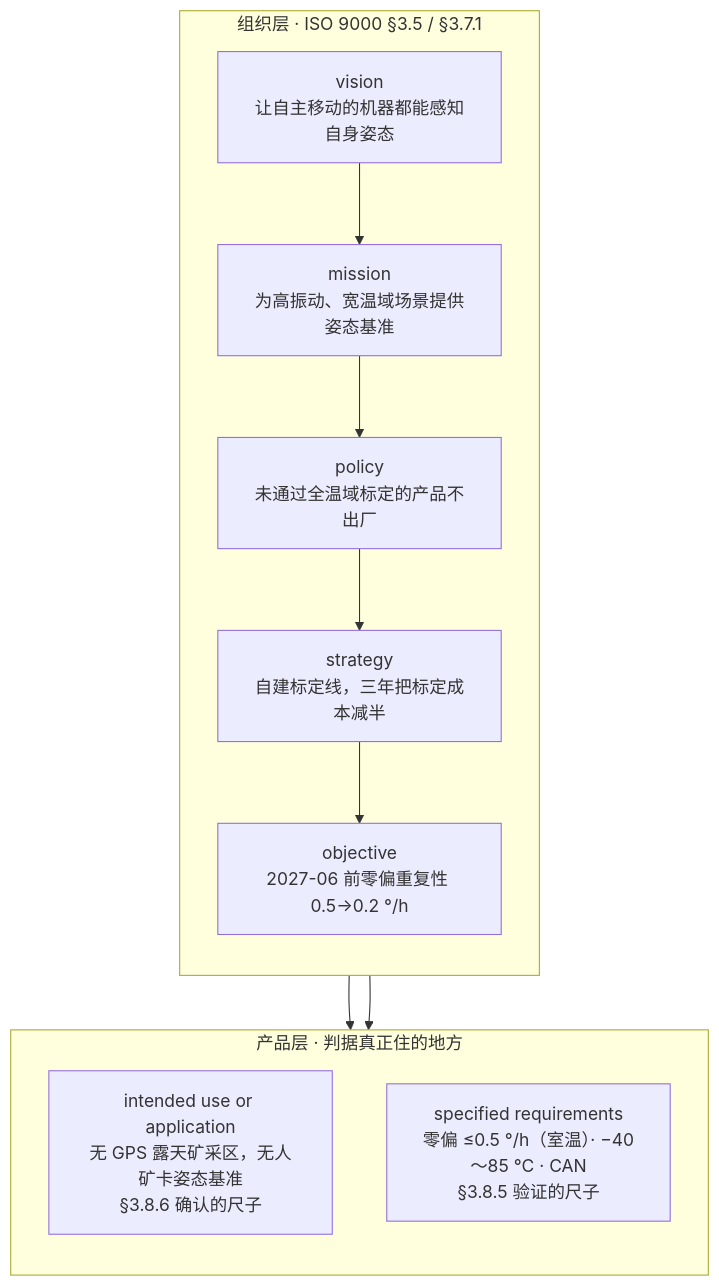
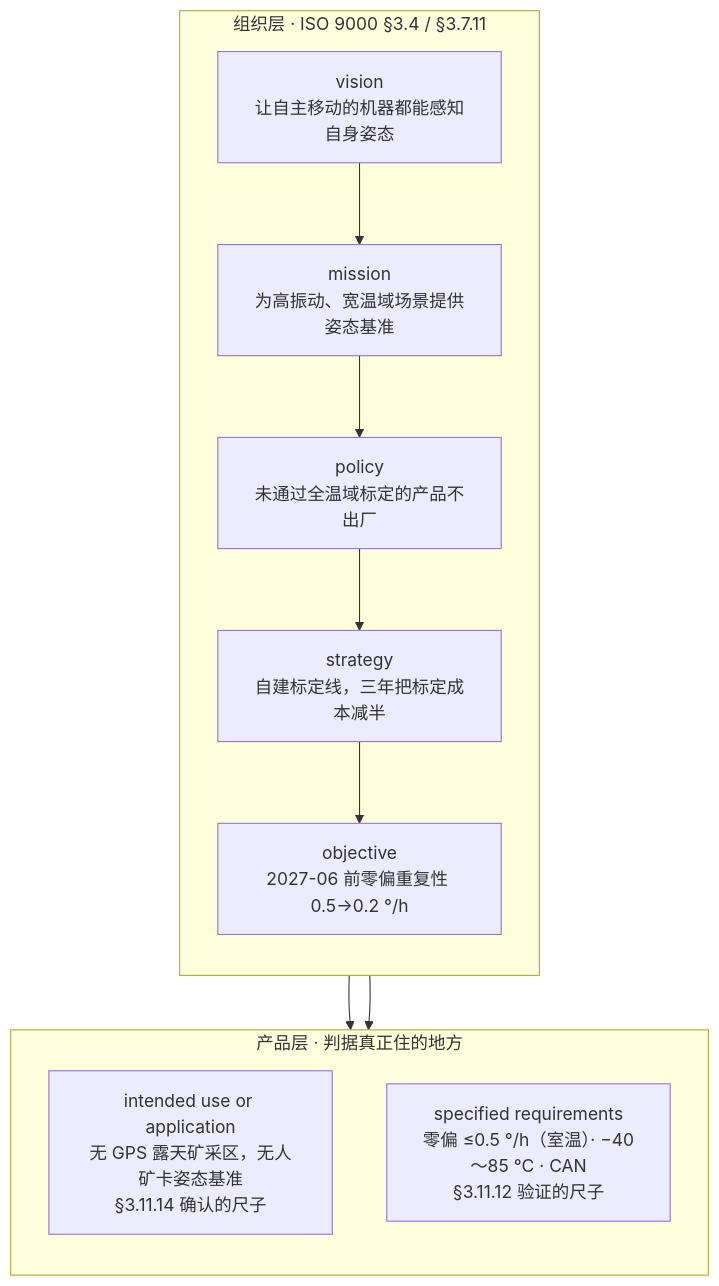
One commit to Yongjunzhou/AOS-system-design changed diagram 11 of 14 in 100-subprojects/01-系统工程研究/00-系统工程相关研究报告/23-判据体系研究报告-从验证确认到治理的判据阶梯.md. Above: the diagram before and after it, drawn with Mermaid. The commit also changed other lines of this file and 38 other files, not shown here.

````diff
--- a/100-subprojects/01-系统工程研究/00-系统工程相关研究报告/23-判据体系研究报告-从验证确认到治理的判据阶梯.md
+++ b/100-subprojects/01-系统工程研究/00-系统工程相关研究报告/23-判据体系研究报告-从验证确认到治理的判据阶梯.md
@@ -746,19 +792,19 @@
 ```mermaid
 flowchart TD
-    subgraph ORG["组织层 · ISO 9000 §3.5 / §3.7.1"]
+    subgraph ORG["组织层 · ISO 9000 §3.4 / §3.7.11"]
         direction TB
         V["vision<br/>让自主移动的机器都能感知自身姿态"]
         M["mission<br/>为高振动、宽温域场景提供姿态基准"]
         P["policy<br/>未通过全温域标定的产品不出厂"]
         S["strategy<br/>自建标定线，三年把标定成本减半"]
         O["objective<br/>2027-06 前零偏重复性 0.5→0.2 °/h"]
         V --> M --> P --> S --> O
     end
     subgraph PROD["产品层 · 判据真正住的地方"]
         direction TB
-        IU["intended use or application<br/>无 GPS 露天矿采区，无人矿卡姿态基准<br/>§3.8.6 确认的尺子"]
-        SR["specified requirements<br/>零偏 ≤0.5 °/h（室温）· −40～85 °C · CAN<br/>§3.8.5 验证的尺子"]
+        IU["intended use or application<br/>无 GPS 露天矿采区，无人矿卡姿态基准<br/>§3.11.14 确认的尺子"]
+        SR["specified requirements<br/>零偏 ≤0.5 °/h（室温）· −40～85 °C · CAN<br/>§3.11.12 验证的尺子"]
     end
     O --> IU
     O --> SR
 ```
````
